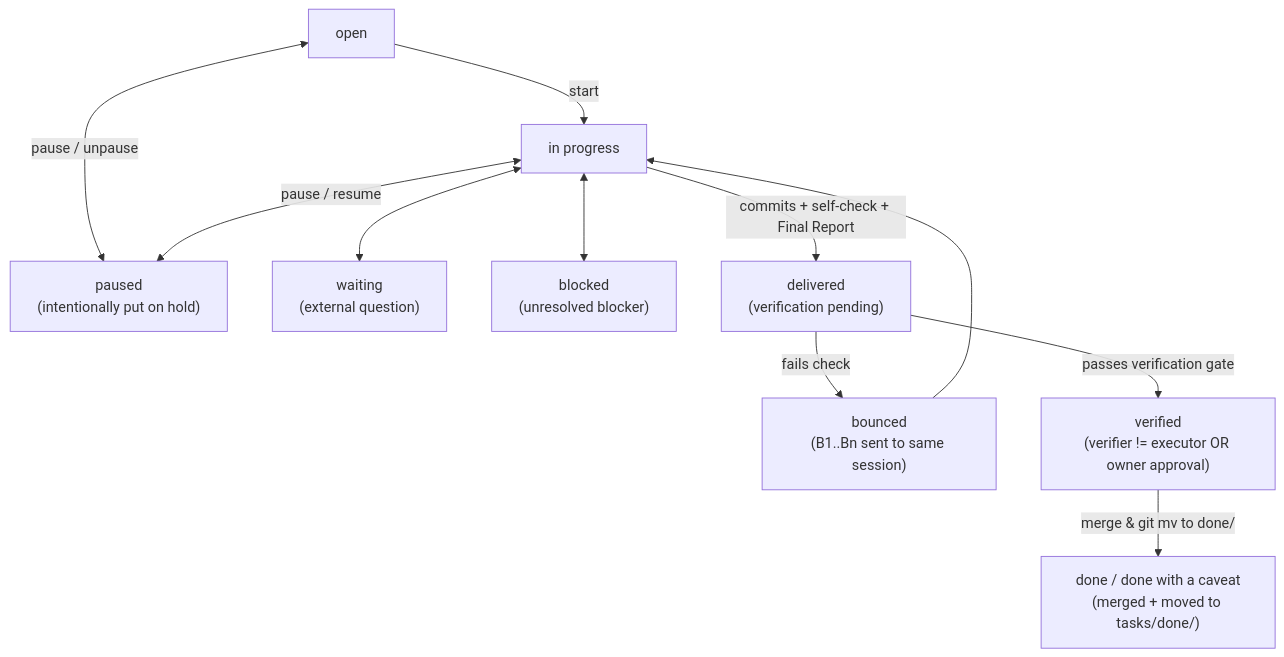
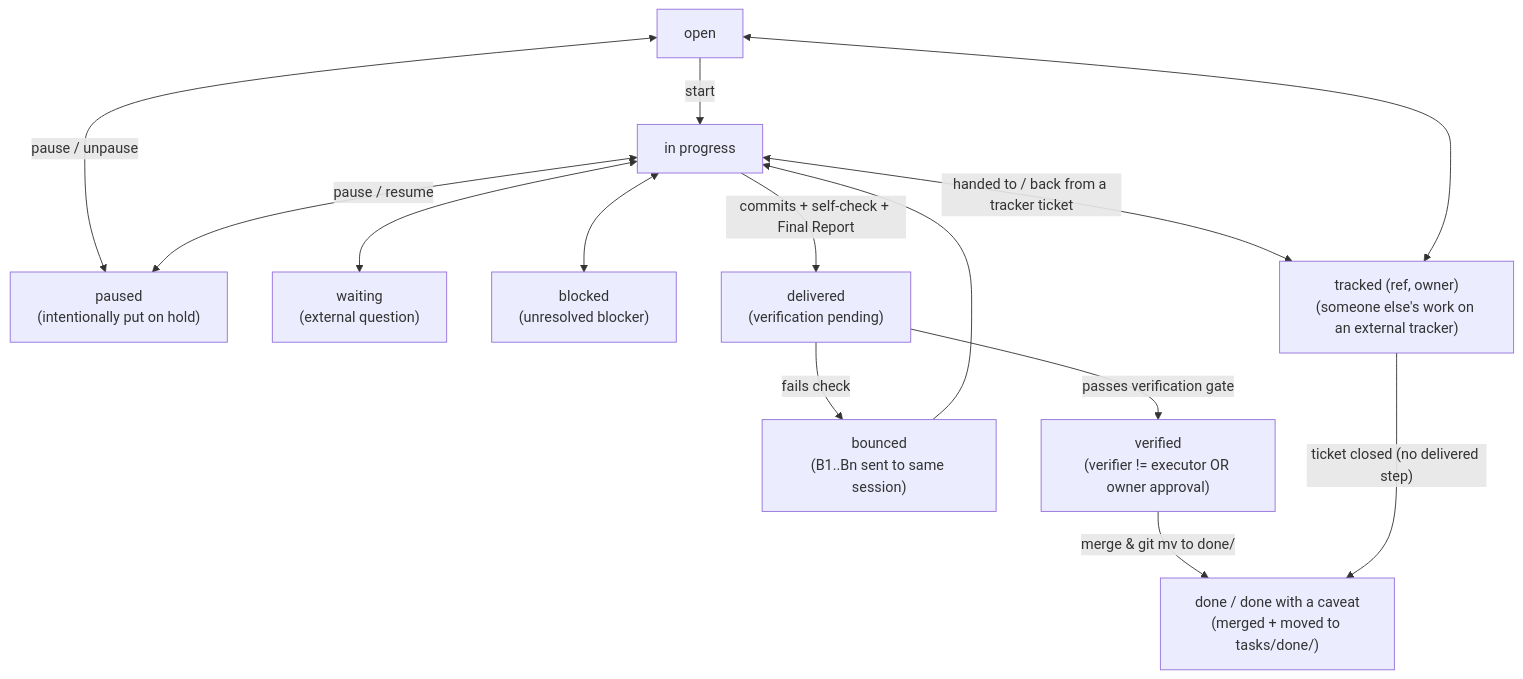
Before and after one commit to primax79/ai-orchestration: the diagram in tasks/specs/task-and-state-model.md, drawn with Mermaid. The commit also changed other lines of this file and 8 other files, not shown here.

````diff
--- a/tasks/specs/task-and-state-model.md
+++ b/tasks/specs/task-and-state-model.md
@@ -101,23 +101,27 @@
 ```mermaid
 flowchart TB
     OPEN["open"]
     INPROG["in progress"]
     PAUSED["paused<br/>(intentionally put on hold)"]
     WAIT["waiting<br/>(external question)"]
     BLOCK["blocked<br/>(unresolved blocker)"]
+    TRACK["tracked (ref, owner)<br/>(someone else's work on an external tracker)"]
     DELIV["delivered<br/>(verification pending)"]
     BOUNCE["bounced<br/>(B1..Bn sent to same session)"]
     VERIF["verified<br/>(verifier != executor OR owner approval)"]
     DONE["done / done with a caveat<br/>(merged + moved to tasks/done/)"]
 
     OPEN -->|"start"| INPROG
     OPEN <-->|"pause / unpause"| PAUSED
     INPROG <-->|"pause / resume"| PAUSED
     INPROG <--> WAIT
     INPROG <--> BLOCK
     INPROG -->|"commits + self-check + Final Report"| DELIV
     DELIV -->|"fails check"| BOUNCE
     BOUNCE --> INPROG
     DELIV -->|"passes verification gate"| VERIF
     VERIF -->|"merge & git mv to done/"| DONE
+    INPROG <-->|"handed to / back from a tracker ticket"| TRACK
+    OPEN <--> TRACK
+    TRACK -->|"ticket closed (no delivered step)"| DONE
 ```
````
